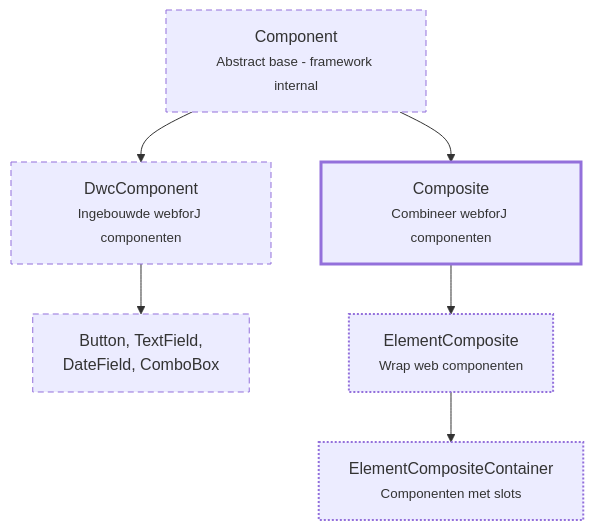
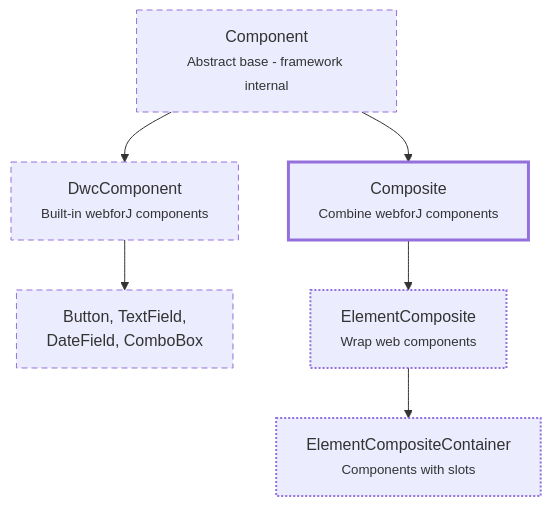
One commit to webforj/webforj-documentation changed the diagram in docs/i18n/nl/docusaurus-plugin-content-docs/current/building-ui/component-fundamentals.md. Above: the diagram before and after it, drawn with Mermaid. The commit also changed other lines of this file and 23 other files, not shown here.

````diff
--- a/docs/i18n/nl/docusaurus-plugin-content-docs/current/building-ui/component-fundamentals.md
+++ b/docs/i18n/nl/docusaurus-plugin-content-docs/current/building-ui/component-fundamentals.md
@@ -52,19 +52,19 @@
 ```mermaid
 graph TD
   A[Component<br/><small>Abstract base - framework internal</small>]
   
-  A --> B[DwcComponent<br/><small>Ingebouwde webforJ componenten</small>]
-  A --> C[Composite<br/><small>Combineer webforJ componenten</small>]
+  A --> B[DwcComponent<br/><small>Built-in webforJ components</small>]
+  A --> C[Composite<br/><small>Combine webforJ components</small>]
   
   B --> E[Button, TextField,<br/>DateField, ComboBox]
   
-  C --> D[ElementComposite<br/><small>Wrap web componenten</small>]
-  D --> F[ElementCompositeContainer<br/><small>Componenten met slots</small>]
+  C --> D[ElementComposite<br/><small>Wrap web components</small>]
+  D --> F[ElementCompositeContainer<br/><small>Components with slots</small>]
 
   classDef internal stroke-dasharray:6 4,stroke-width:1px
   classDef primary stroke-width:3px
   classDef secondary stroke-width:2px,stroke-dasharray:2 2
   class A,B,E internal
   class C primary
   class D,F secondary
 ```
````
